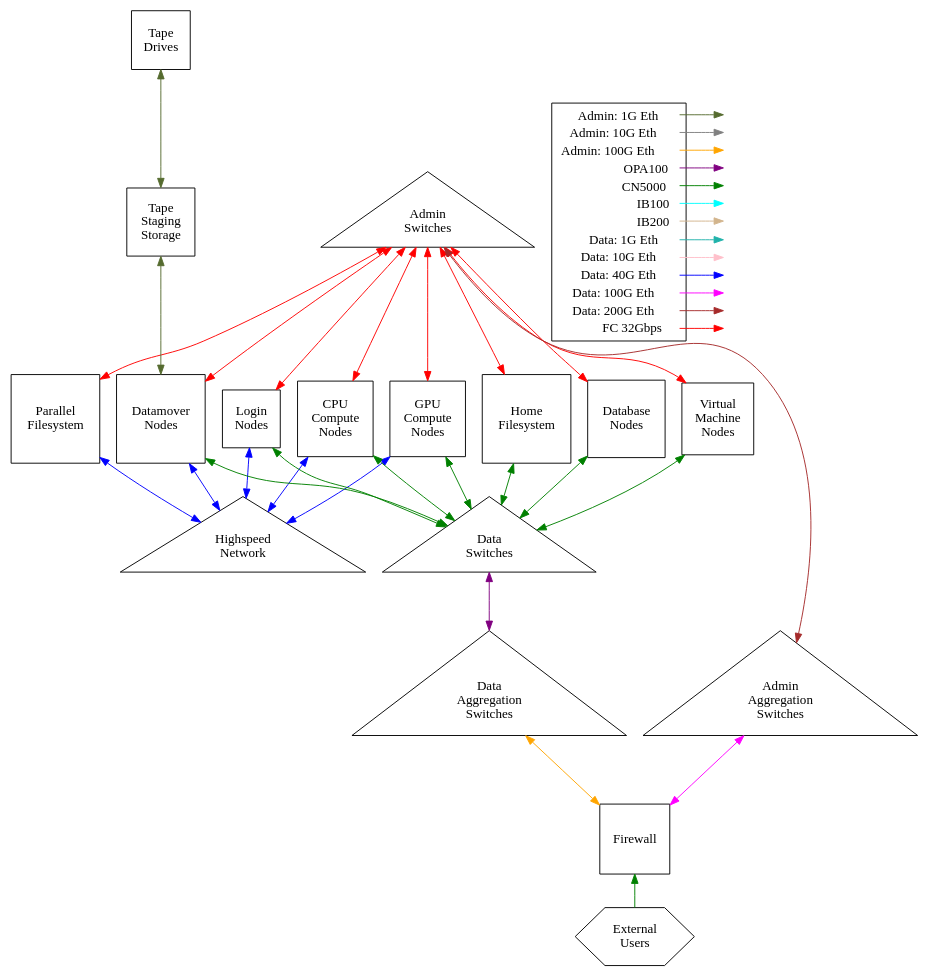
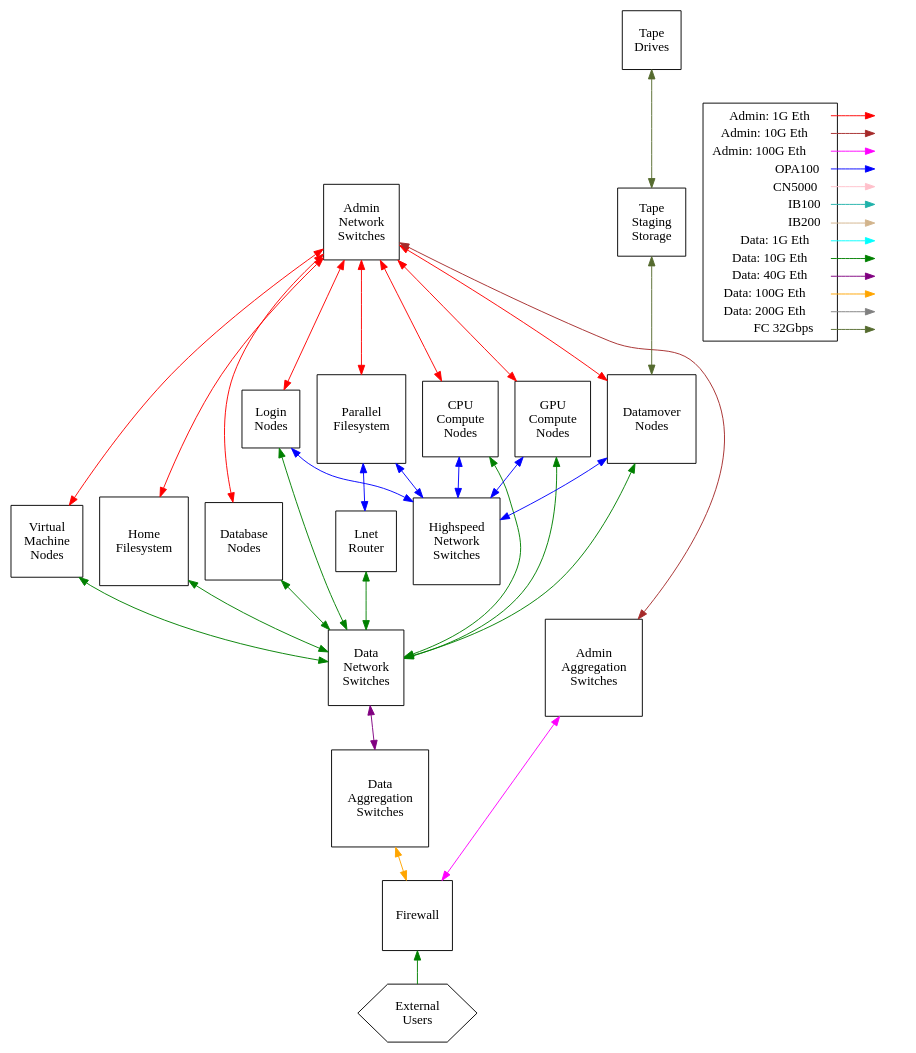
Before and after one commit to BSCrumpton/hpc-diagram-sensitivity-examples: the diagram in Architecture_Diagrams/architecture_diagram_5.gv, drawn with Graphviz. The commit also changed 4 other files, not shown here.

First line of the commit message:
re-wrote all architecture diagrams to use default rankdir, non-quoted attributes

```diff
--- a/Architecture_Diagrams/architecture_diagram_5.gv
+++ b/Architecture_Diagrams/architecture_diagram_5.gv
@@ -1,110 +1,111 @@
 // Now adding more specificity to the network infrastructure
 digraph g {
-    rankdir="BT";
-    overlap="scalexy"
-    Admin_Net[shape=triangle,label="Admin\nSwitches"];
+    Admin_Net[shape=square,label="Admin\nNetwork\nSwitches"];
     // Compute[shape=square];
     Firewall[shape=square];
     // Storage[shape=square];
     // Infra[shape=square,label="Infrastructure\nNodes"];
-    HS_Net[shape=triangle,label="Highspeed\nNetwork"];
-    Data_Net[shape=triangle,label="Data\nSwitches"];
+    HS_Net[shape=square,label="Highspeed\nNetwork\nSwitches"];
+    Data_Net[shape=square,label="Data\nNetwork\nSwitches"];
     External[shape=hexagon,label="External\nUsers"]
-    External -> Firewall[color="green"];
-    // Firewall -> Data_Net[dir="both",color="green"];
-    // Firewall -> Admin_Net[dir="both",color="red"];
-    // Data_Net -> Compute[dir="both",color="green"];
-    // HS_Net -> Compute[dir="both",color="blue"];
-    // Compute -> Admin_Net[dir="both",color="red"];
-    // Data_Net -> Infra[dir="both",color="green"];
-    // HS_Net -> Infra[dir="both",color="blue"];
-    // Infra -> Admin_Net[dir="both",color="red"];
-    // HS_Net -> Storage[dir="both",color="blue"];
-    // Storage -> Admin_Net[dir="both",color="red"];
+    Firewall -> External[dir=back,color=green];
+    // Data_Net -> Firewall[dir=both,color=green];
+    // Admin_Net -> Firewall[dir=both,color=red];
+    // Compute -> Data_Net[dir=both,color=green];
+    // Compute -> HS_Net[dir=both,color=blue];
+    // Admin_Net -> Compute[dir=both,color=red];
+    // Infra -> Data_Net[dir=both,color=green];
+    // Infra -> HS_Net[dir=both,color=blue];
+    // Admin_Net -> Infra[dir=both,color=red];
+    // Storage -> HS_Net[dir=both,color=blue];
+    // Admin_Net -> Storage[dir=both,color=red];
     CPU[shape=square,label="CPU\nCompute\nNodes"];
-    Data_Net -> CPU[dir="both",color="green"];
-    HS_Net -> CPU[dir="both",color="blue"];
-    CPU -> Admin_Net[dir="both",color="red"];
+    CPU -> Data_Net[dir=both,color=green];
+    CPU -> HS_Net[dir=both,color=blue];
+    Admin_Net -> CPU[dir=both,color=red];
     GPU[shape=square,label="GPU\nCompute\nNodes"];
-    Data_Net -> GPU[dir="both",color="green"];
-    HS_Net -> GPU[dir="both",color="blue"];
-    GPU -> Admin_Net[dir="both",color="red"];
+    GPU -> Data_Net[dir=both,color=green];
+    GPU -> HS_Net[dir=both,color=blue];
+    Admin_Net -> GPU[dir=both,color=red];
     Storage1[shape=square,label="Parallel\nFilesystem"];
-    HS_Net -> Storage1[dir="both",color="blue"];
-    Storage1 -> Admin_Net[dir="both",color="red"];
+    Storage1 -> HS_Net[dir=both,color=blue];
+    Admin_Net -> Storage1[dir=both,color=red];
     Storage2[shape=square,label="Home\nFilesystem"];
-    Data_Net -> Storage2[dir="both",color="green"];
-    Storage2 -> Admin_Net[dir="both",color="red"];
+    Storage2 -> Data_Net[dir=both,color=green];
+    Admin_Net -> Storage2[dir=both,color=red];
     Login[shape=square,label="Login\nNodes"];
-    Data_Net -> Login[dir="both",color="green"];
-    HS_Net -> Login[dir="both",color="blue"];
-    Login -> Admin_Net[dir="both",color="red"];
+    Login -> Data_Net[dir=both,color=green];
+    Login -> HS_Net[dir=both,color=blue];
+    Admin_Net -> Login[dir=both,color=red];
     Dbase[shape=square,label="Database\nNodes"];
-    Data_Net -> Dbase[dir="both",color="green"];
-    Dbase -> Admin_Net[dir="both",color="red"];
+    Dbase -> Data_Net[dir=both,color=green];
+    Admin_Net -> Dbase[dir=both,color=red];
     Datamover[shape=square,label="Datamover\nNodes"];
-    Data_Net -> Datamover[dir="both",color="green"];
-    HS_Net -> Datamover[dir="both",color="blue"];
-    Datamover -> Admin_Net[dir="both",color="red"];
+    Datamover -> Data_Net[dir=both,color=green];
+    Datamover -> HS_Net[dir=both,color=blue];
+    Admin_Net -> Datamover[dir=both,color=red];
     VM[shape=square,label="Virtual\nMachine\nNodes"];
-    Data_Net -> VM[dir="both",color="green"];
-    VM -> Admin_Net[dir="both",color="red"];
-    TapeStage[shape=square,label="Tape\nStaging\nStorage"]
-    Datamover -> TapeStage[dir=both,color=darkolivegreen];
-    Tape[shape=square,label="Tape\nDrives"]
-    TapeStage -> Tape[dir=both,color=darkolivegreen];
-    AdminAgg[shape=triangle,label="Admin\nAggregation\nSwitches"];
-    Firewall -> AdminAgg[dir="both",color="magenta"];
-    AdminAgg -> Admin_Net[dir="both",color="brown"];
-    DataAgg[shape=triangle,label="Data\nAggregation\nSwitches"];
-    Firewall -> DataAgg[dir="both",color="orange"];
-    DataAgg -> Data_Net[dir="both",color="purple"];
+    VM -> Data_Net[dir=both,color=green];
+    Admin_Net -> VM[dir=both,color=red];
+    TapeStage[shape=square,label="Tape\nStaging\nStorage"];
+    TapeStage -> Datamover[dir=both,color=darkolivegreen];
+    Tape[shape=square,label="Tape\nDrives"];
+    Tape -> TapeStage[dir=both,color=darkolivegreen];
+    LnetRouter[shape=square,label="Lnet\nRouter"];
+    Storage1 -> LnetRouter[dir=both,color=blue];
+    LnetRouter -> Data_Net[dir=both,color=green];
+    AdminAgg[shape=square,label="Admin\nAggregation\nSwitches"];
+    AdminAgg -> Firewall[dir=both,color=magenta];
+    Admin_Net -> AdminAgg[dir=both,color=brown];
+    DataAgg[shape=square,label="Data\nAggregation\nSwitches"];
+    DataAgg -> Firewall[dir=both,color=orange];
+    Data_Net -> DataAgg[dir=both,color=purple];
     subgraph{
         rank=same;
         node[shape=box]
         Key1[label=<<table border="0" cellpadding="2" cellspacing="0" cellborder="0">
         <tr><td align="right" port="i1">Admin: 1G Eth</td></tr>
         <tr><td align="right" port="i2">Admin: 10G Eth</td></tr>
         <tr><td align="right" port="i3">Admin: 100G Eth</td></tr>
         <tr><td align="right" port="i4">OPA100</td></tr>
         <tr><td align="right" port="i5">CN5000</td></tr>
         <tr><td align="right" port="i6">IB100</td></tr>
         <tr><td align="right" port="i7">IB200</td></tr>
         <tr><td align="right" port="i8">Data: 1G Eth</td></tr>
         <tr><td align="right" port="i9">Data: 10G Eth</td></tr>
         <tr><td align="right" port="i10">Data: 40G Eth</td></tr>
         <tr><td align="right" port="i11">Data: 100G Eth</td></tr>
         <tr><td align="right" port="i12">Data: 200G Eth</td></tr>
         <tr><td align="right" port="i13">FC 32Gbps</td></tr>
         </table>>]
         Key2[style=invis label=<<table border="0" cellpadding="2" cellspacing="0" cellborder="0">
         <tr><td port="i1">&nbsp;</td></tr>
         <tr><td port="i2">&nbsp;</td></tr>
         <tr><td port="i3">&nbsp;</td></tr>
         <tr><td port="i4">&nbsp;</td></tr>
         <tr><td port="i5">&nbsp;</td></tr>
         <tr><td port="i6">&nbsp;</td></tr>
         <tr><td port="i7">&nbsp;</td></tr>
         <tr><td port="i8">&nbsp;</td></tr>
         <tr><td port="i9">&nbsp;</td></tr>
         <tr><td port="i10">&nbsp;</td></tr>
         <tr><td port="i11">&nbsp;</td></tr>
         <tr><td port="i12">&nbsp;</td></tr>
         <tr><td port="i13">&nbsp;</td></tr>
         </table>>]
         Key1:i1:e -> Key2:i1:w [color=red];
         Key1:i2:e -> Key2:i2:w [color=brown];
         Key1:i3:e -> Key2:i3:w [color=magenta];
         Key1:i4:e -> Key2:i4:w [color=blue];
         Key1:i5:e -> Key2:i5:w [color=pink];
         Key1:i6:e -> Key2:i6:w [color=lightseagreen];
         Key1:i7:e -> Key2:i7:w [color=tan];
         Key1:i8:e -> Key2:i8:w [color=cyan];
         Key1:i9:e -> Key2:i9:w [color=green];
         Key1:i10:e -> Key2:i10:w [color=purple];
         Key1:i11:e -> Key2:i11:w [color=orange];
         Key1:i12:e -> Key2:i12:w [color=gray];
         Key1:i13:e -> Key2:i13:w [color=darkolivegreen];
     }
     { rank=same; Key1; Admin_Net; } 
 }
```
